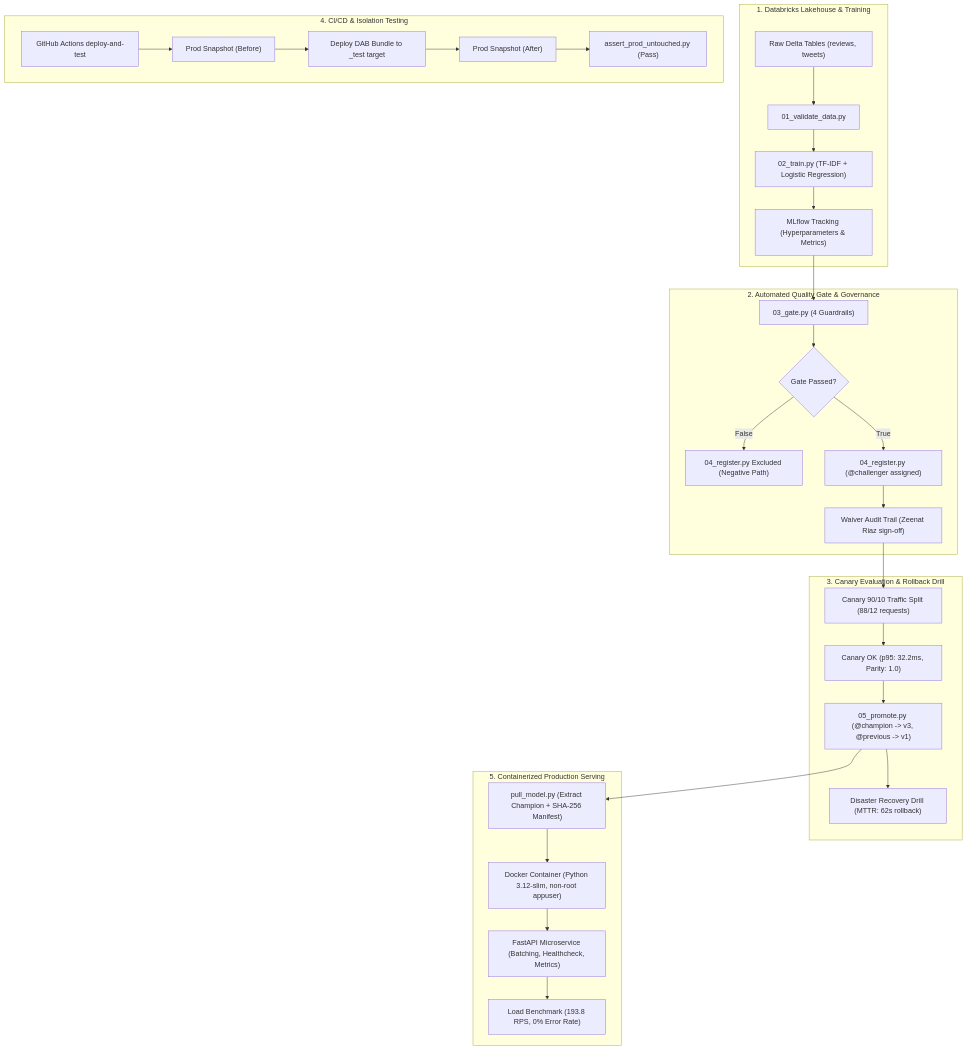
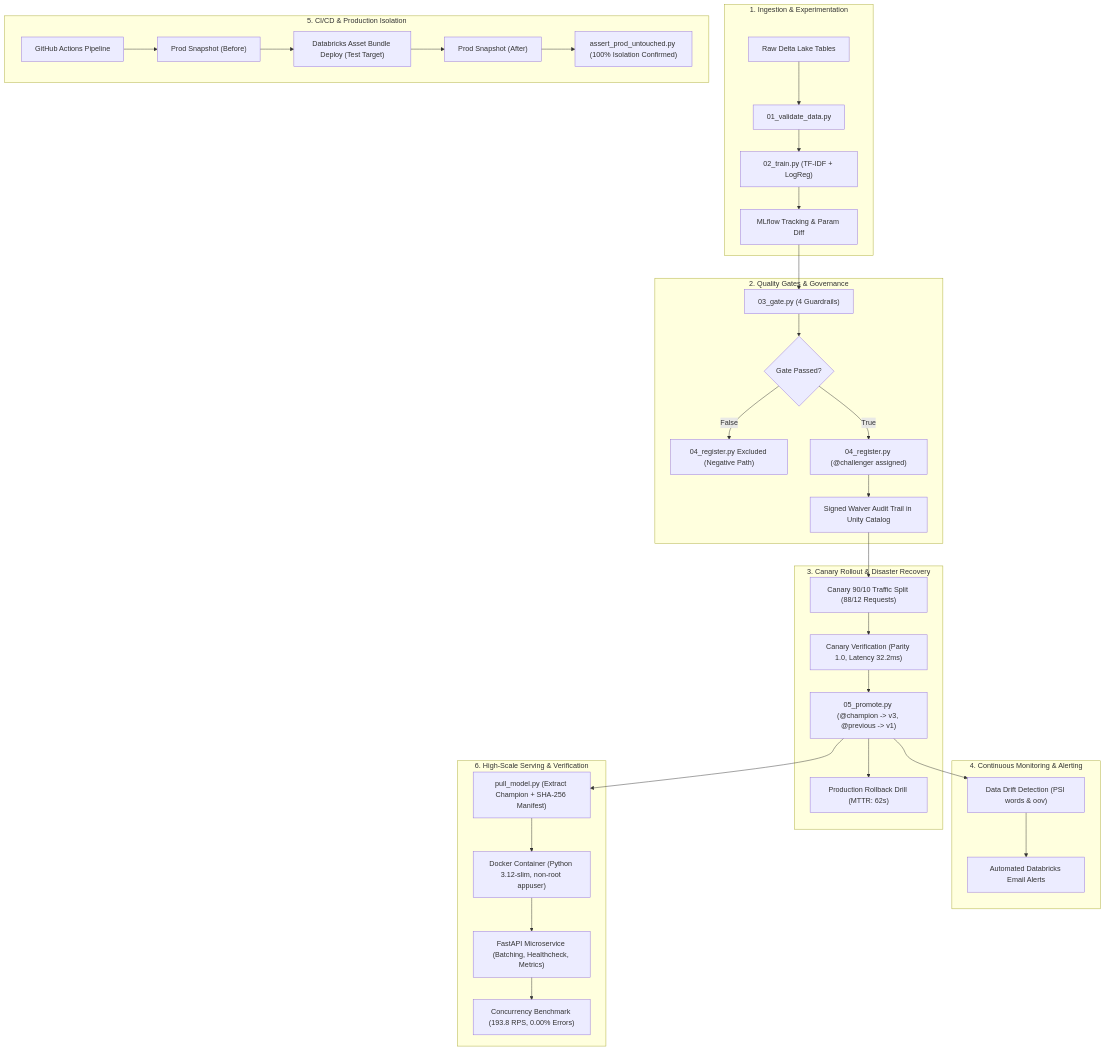
The diagram in MLOPS_PRODUCTION_REPORT.md (zeenat28-ui/mlops-sentiment-pipeline), drawn with Mermaid before and after one commit. The commit also changed other lines of this file and 24 other files, not shown here.

````diff
--- a/MLOPS_PRODUCTION_REPORT.md
+++ b/MLOPS_PRODUCTION_REPORT.md
@@ -28,37 +24,42 @@
 ```mermaid
 flowchart TD
-    subgraph Data_Prep_and_Training["1. Databricks Lakehouse & Training"]
-        D1["Raw Delta Tables (reviews, tweets)"] --> V1["01_validate_data.py"]
-        V1 --> T1["02_train.py (TF-IDF + Logistic Regression)"]
-        T1 --> M1["MLflow Tracking (Hyperparameters & Metrics)"]
+    subgraph Phase1["1. Ingestion & Experimentation"]
+        D1["Raw Delta Lake Tables"] --> V1["01_validate_data.py"]
+        V1 --> T1["02_train.py (TF-IDF + LogReg)"]
+        T1 --> M1["MLflow Tracking & Param Diff"]
     end
 
-    subgraph Gate_and_Governance["2. Automated Quality Gate & Governance"]
+    subgraph Phase2["2. Quality Gates & Governance"]
         M1 --> G1["03_gate.py (4 Guardrails)"]
         G1 --> GC{"Gate Passed?"}
         GC -- "False" --> EX["04_register.py Excluded (Negative Path)"]
         GC -- "True" --> RG["04_register.py (@challenger assigned)"]
-        RG --> W1["Waiver Audit Trail (Zeenat Riaz sign-off)"]
+        RG --> WV["Signed Waiver Audit Trail in Unity Catalog"]
     end
 
-    subgraph Evaluation_and_Rollout["3. Canary Evaluation & Rollback Drill"]
-        W1 --> CN["Canary 90/10 Traffic Split (88/12 requests)"]
-        CN --> CP["Canary OK (p95: 32.2ms, Parity: 1.0)"]
+    subgraph Phase3["3. Canary Rollout & Disaster Recovery"]
+        WV --> CN["Canary 90/10 Traffic Split (88/12 Requests)"]
+        CN --> CP["Canary Verification (Parity 1.0, Latency 32.2ms)"]
         CP --> PR["05_promote.py (@champion -> v3, @previous -> v1)"]
-        PR --> RD["Disaster Recovery Drill (MTTR: 62s rollback)"]
+        PR --> RD["Production Rollback Drill (MTTR: 62s)"]
     end
 
-    subgraph CI_CD_Isolation["4. CI/CD & Isolation Testing"]
-        GH["GitHub Actions deploy-and-test"] --> BS["Prod Snapshot (Before)"]
-        BS --> DT["Deploy DAB Bundle to _test target"]
-        DT --> AS["Prod Snapshot (After)"]
-        AS --> SC["assert_prod_untouched.py (Pass)"]
+    subgraph Phase4["4. Continuous Monitoring & Alerting"]
+        PR --> DF["Data Drift Detection (PSI words & oov)"]
+        DF --> AL["Automated Databricks Email Alerts"]
     end
 
-    subgraph High_Scale_Serving["5. Containerized Production Serving"]
-        PR --> PM["pull_model.py (Extract Champion + SHA-256 Manifest)"]
-        PM --> DK["Docker Container (Python 3.12-slim, non-root appuser)"]
-        DK --> FA["FastAPI Microservice (Batching, Healthcheck, Metrics)"]
-        FA --> BM["Load Benchmark (193.8 RPS, 0% Error Rate)"]
+    subgraph Phase5["5. CI/CD & Production Isolation"]
+        GH["GitHub Actions Pipeline"] --> BS["Prod Snapshot (Before)"]
+        BS --> DAB["Databricks Asset Bundle Deploy (Test Target)"]
+        DAB --> AS["Prod Snapshot (After)"]
+        AS --> ISO["assert_prod_untouched.py (100% Isolation Confirmed)"]
+    end
+
+    subgraph Phase6["6. High-Scale Serving & Verification"]
+        PR --> PL["pull_model.py (Extract Champion + SHA-256 Manifest)"]
+        PL --> DK["Docker Container (Python 3.12-slim, non-root appuser)"]
+        DK --> API["FastAPI Microservice (Batching, Healthcheck, Metrics)"]
+        API --> BM["Concurrency Benchmark (193.8 RPS, 0.00% Errors)"]
     end
 ```
````
